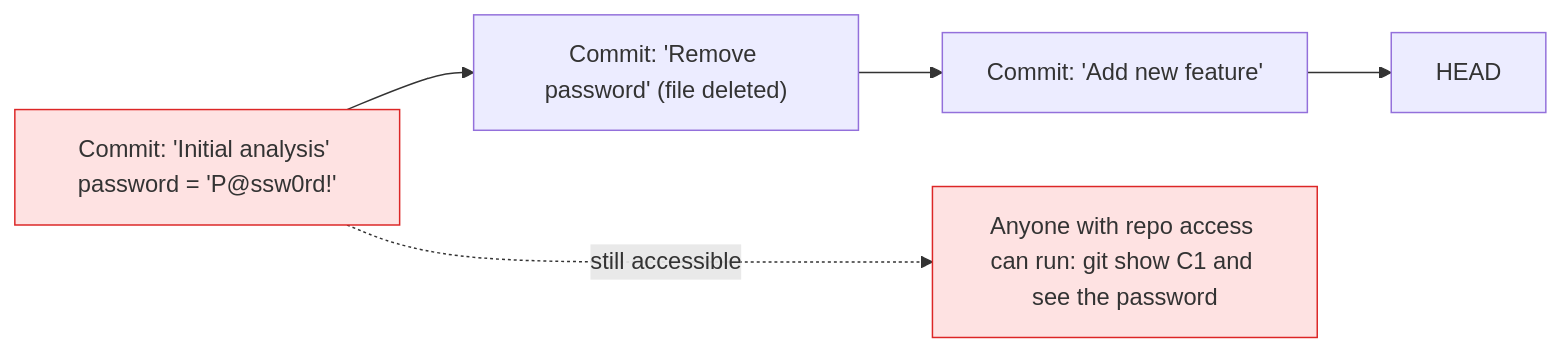
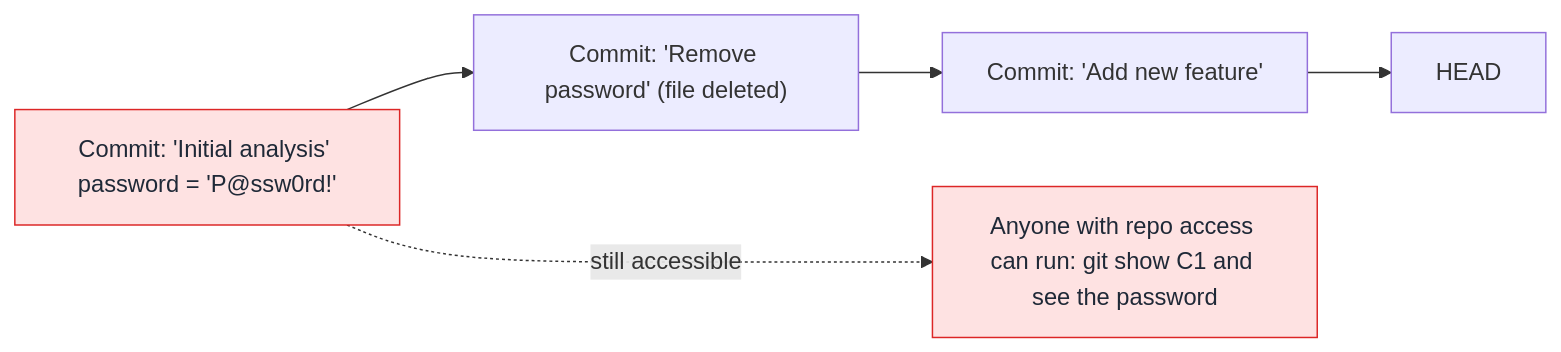
Before and after one commit to Ch3w3y/docker_gcp: the diagram in docs/code-sanitisation.md, drawn with Mermaid. The commit also changed 7 other files, not shown here.

First line of the commit message:
fix(docs): fix Mermaid contrast for dark mode and replace \n with <br/>

````diff
--- a/docs/code-sanitisation.md
+++ b/docs/code-sanitisation.md
@@ -15,14 +15,14 @@
 ```mermaid
 flowchart LR
     C1["Commit: 'Initial analysis' password = 'P@ssw0rd!'"] --> C2
     C2["Commit: 'Remove password' (file deleted)"] --> C3
     C3["Commit: 'Add new feature'"] --> C4
     C4["HEAD"]
 
     BAD["Anyone with repo access can run: git show C1 and see the password"]
 
     C1 -..->|"still accessible"| BAD
 
-    style C1 fill:#fee2e2,stroke:#dc2626
-    style BAD fill:#fee2e2,stroke:#dc2626
+    style C1 fill:#fee2e2,stroke:#dc2626,color:#1f2937
+    style BAD fill:#fee2e2,stroke:#dc2626,color:#1f2937
 ```
````
